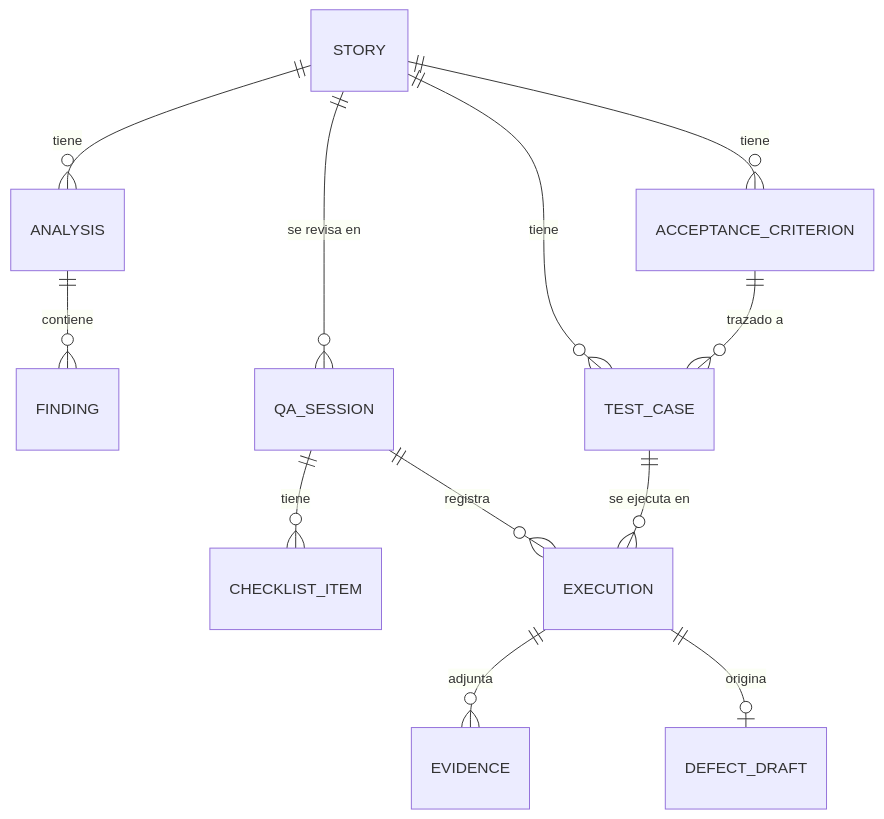
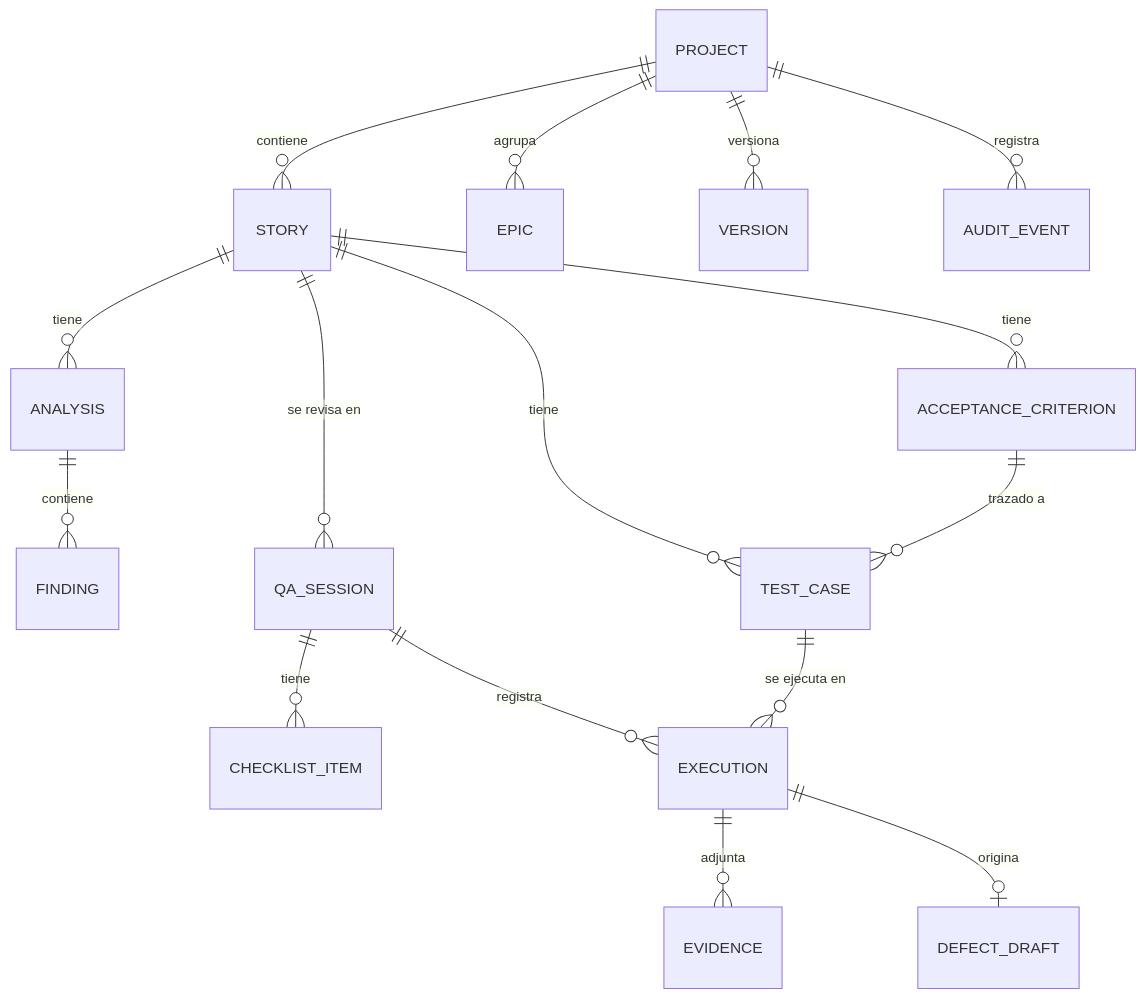
One commit to JuanSGarciaC/storylens-qa changed the diagram in docs/04-modelo-de-datos-y-api.md. Above: the diagram before and after it, drawn with Mermaid. The commit also changed other lines of this file and 14 other files, not shown here.

````diff
--- a/docs/04-modelo-de-datos-y-api.md
+++ b/docs/04-modelo-de-datos-y-api.md
@@ -5,14 +5,18 @@
 ```mermaid
 erDiagram
+    PROJECT ||--o{ STORY : contiene
+    PROJECT ||--o{ EPIC : agrupa
+    PROJECT ||--o{ VERSION : versiona
+    PROJECT ||--o{ AUDIT_EVENT : registra
     STORY ||--o{ ANALYSIS : tiene
     ANALYSIS ||--o{ FINDING : contiene
     STORY ||--o{ ACCEPTANCE_CRITERION : tiene
     STORY ||--o{ TEST_CASE : tiene
     ACCEPTANCE_CRITERION ||--o{ TEST_CASE : "trazado a"
     STORY ||--o{ QA_SESSION : "se revisa en"
     QA_SESSION ||--o{ CHECKLIST_ITEM : tiene
     QA_SESSION ||--o{ EXECUTION : registra
     TEST_CASE ||--o{ EXECUTION : "se ejecuta en"
     EXECUTION ||--o{ EVIDENCE : adjunta
     EXECUTION ||--o| DEFECT_DRAFT : origina
 ```
````
